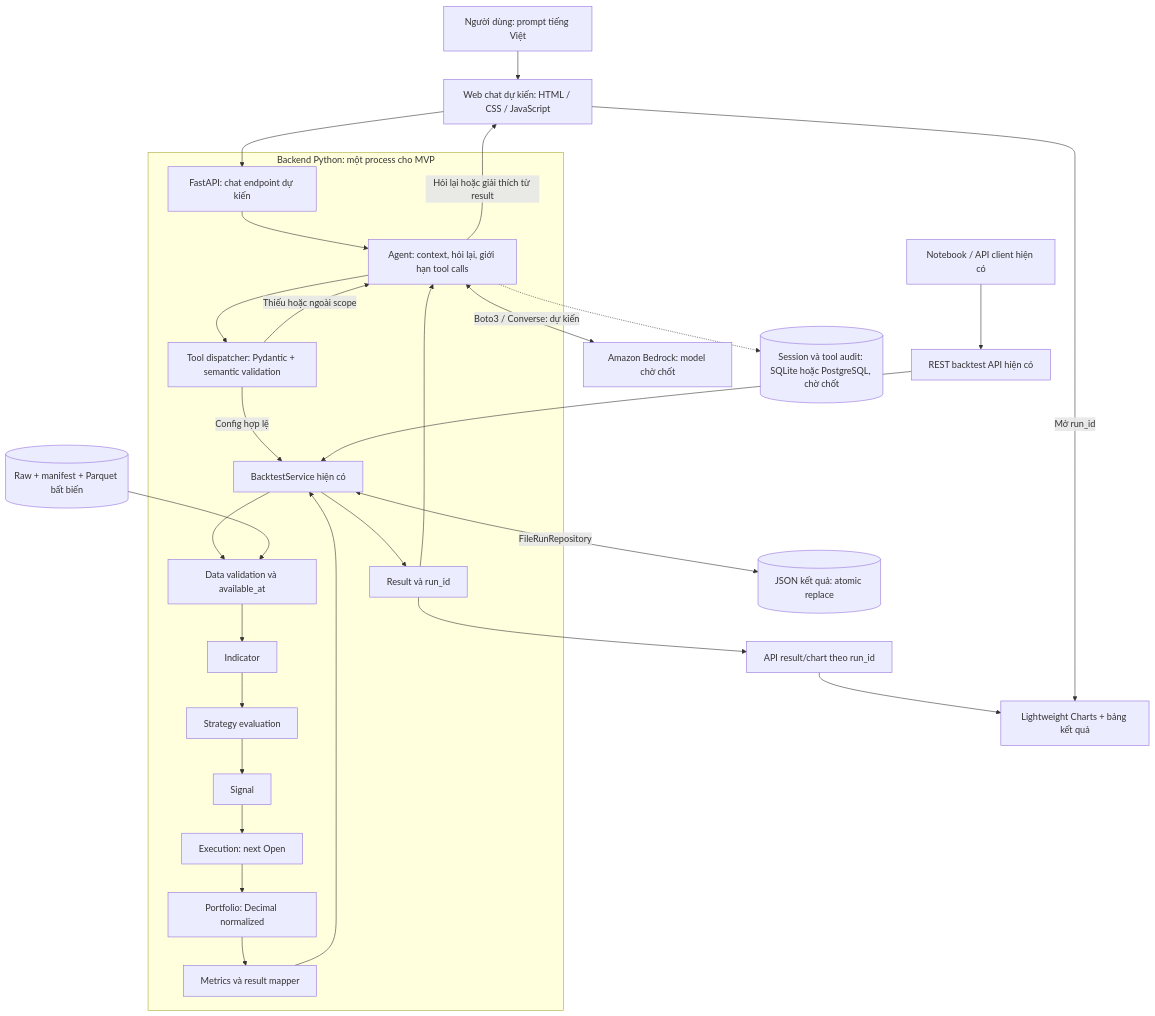
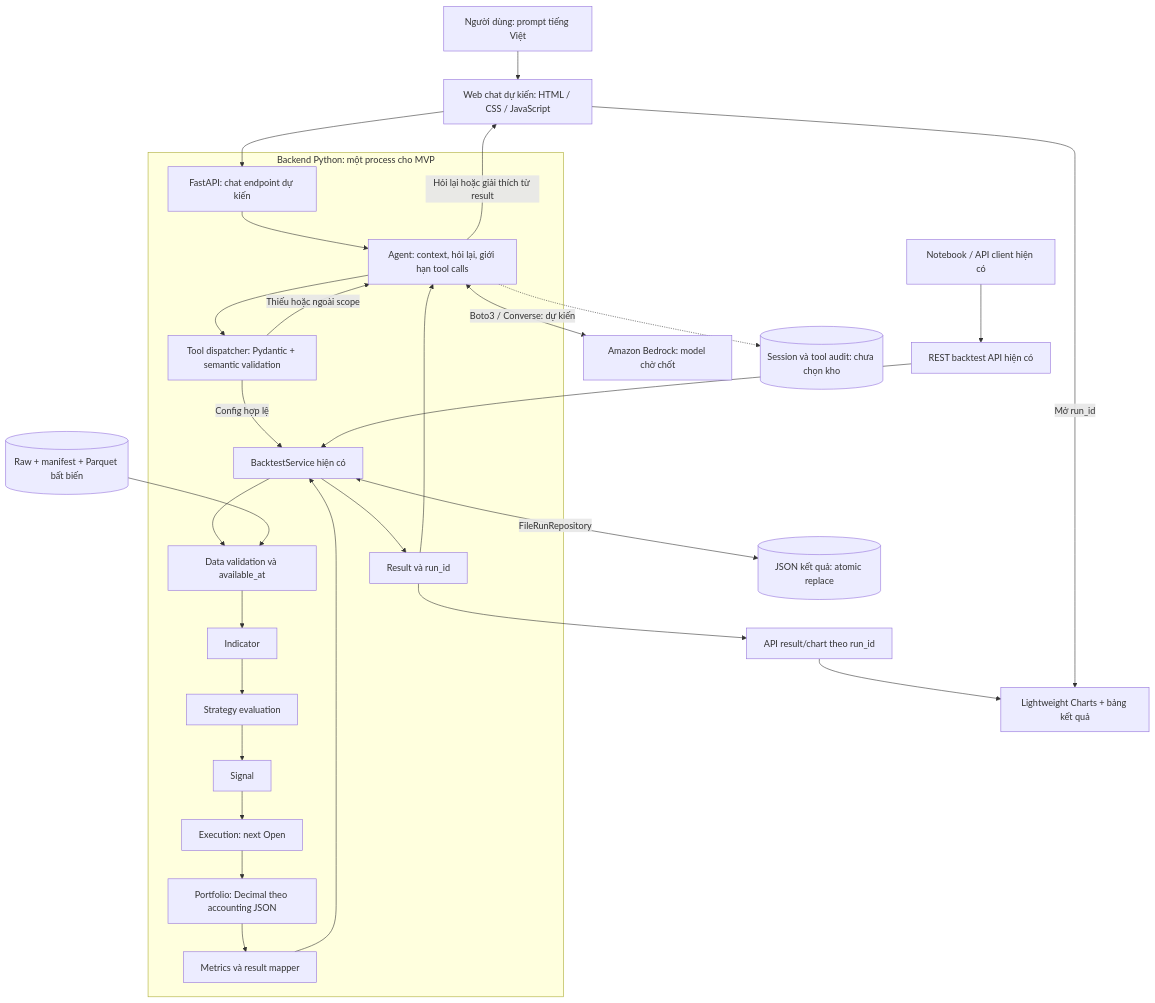
One commit to trivo-de/back-testing changed the third of 4 diagrams in docs/plans/agent-research-plan.md. Above: the diagram before and after it, drawn with Mermaid. The commit also changed other lines of this file and 93 other files, not shown here.

Commit message:
refactor: rename package to backtesting_api and remove legacy v0 backtest flow

````diff
--- a/docs/plans/agent-research-plan.md
+++ b/docs/plans/agent-research-plan.md
@@ -205,31 +181,31 @@
 ```mermaid
 flowchart TB
     U["Người dùng: prompt tiếng Việt"] --> W["Web chat dự kiến: HTML / CSS / JavaScript"]
     W --> H["FastAPI: chat endpoint dự kiến"]
     subgraph Backend["Backend Python: một process cho MVP"]
         H --> A["Agent: context, hỏi lại, giới hạn tool calls"]
         A --> V["Tool dispatcher: Pydantic + semantic validation"]
         V -->|"Thiếu hoặc ngoài scope"| A
         V -->|"Config hợp lệ"| S["BacktestService hiện có"]
         S --> D["Data validation và available_at"]
         D --> I["Indicator"]
         I --> ST["Strategy evaluation"]
         ST --> SI["Signal"]
         SI --> EX["Execution: next Open"]
-        EX --> P["Portfolio: Decimal normalized"]
+        EX --> P["Portfolio: Decimal theo accounting JSON"]
         P --> M["Metrics và result mapper"]
         M --> S
         S --> R["Result và run_id"]
     end
     A <-->|"Boto3 / Converse: dự kiến"| L["Amazon Bedrock: model chờ chốt"]
-    A -.-> AU[("Session và tool audit: SQLite hoặc PostgreSQL, chờ chốt")]
+    A -.-> AU[("Session và tool audit: chưa chọn kho")]
     F[("Raw + manifest + Parquet bất biến")] --> D
     S <-->|"FileRunRepository"| J[("JSON kết quả: atomic replace")]
     R --> A
     A -->|"Hỏi lại hoặc giải thích từ result"| W
     R --> C["API result/chart theo run_id"]
     C --> UI["Lightweight Charts + bảng kết quả"]
     W -->|"Mở run_id"| UI
     N["Notebook / API client hiện có"] --> SAPI["REST backtest API hiện có"]
     SAPI --> S
 ```
````
